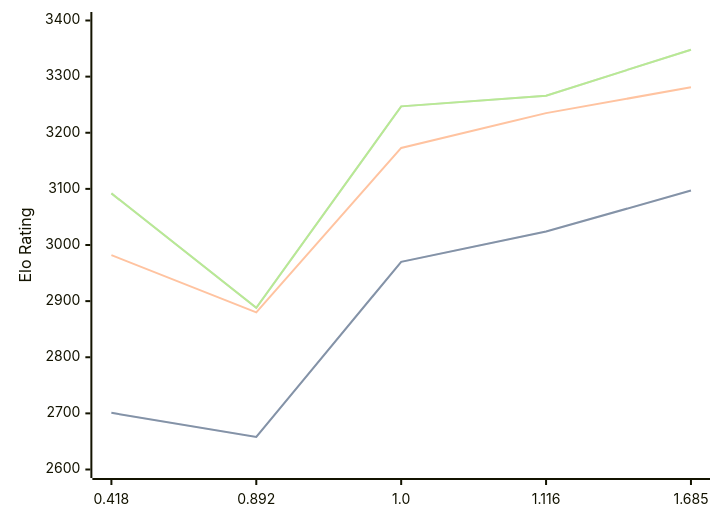
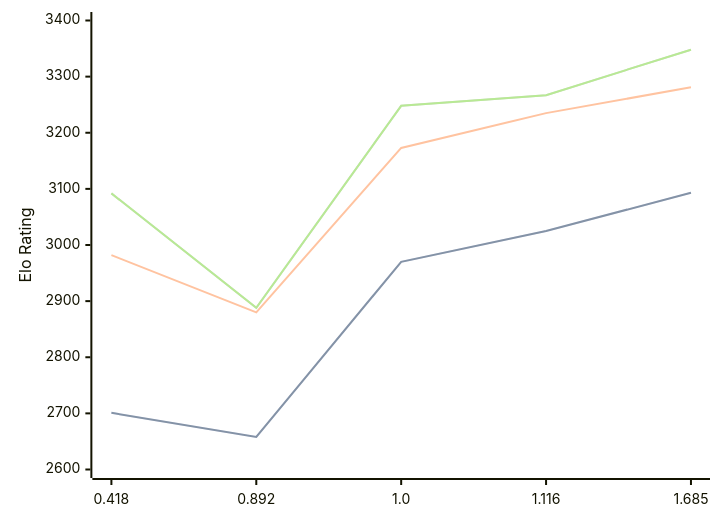
One commit to computer-chess-index/cci changed the diagram in engines/Malika.md. Above: the diagram before and after it, drawn with Mermaid. The commit also changed other lines of this file, not shown here.

Commit message:
Update CCI Ratings (ELO VLTC) - 2026-08-10

````diff
--- a/engines/Malika.md
+++ b/engines/Malika.md
@@ -35,11 +35,11 @@
 ```mermaid
 %%{init: {"theme":"base","themeVariables":{"seriesColors:['#a3a3a3','#222221','#faa371']}}}%%
 xychart-beta
   x-axis ["0.418", "0.892", "1.0", "1.116", "1.685"]
   y-axis "Elo Rating" 2600 --> 3400
-  line "STC (8.0+0.08s)" [2701, 2658, 2970, 3024, 3097]
-  line "STC (8.0+0.08s)" [2701, 2658, 2970, 3024, 3097]
+  line "STC (8.0+0.08s)" [2701, 2658, 2970, 3025, 3093]
+  line "STC (8.0+0.08s)" [2701, 2658, 2970, 3025, 3093]
   line "LTC (60.0+0.60s)" [2982, 2880, 3173, 3235, 3281]
-  line "VLTC (2m24s+1.12s)" [3092, 2888, 3247, 3266, 3348]
-  line "VLTC (2m24s+1.12s)" [3092, 2888, 3247, 3266, 3348]
+  line "VLTC (2m24s+1.12s)" [3092, 2888, 3248, 3267, 3348]
+  line "VLTC (2m24s+1.12s)" [3092, 2888, 3248, 3267, 3348]
 ```
````
